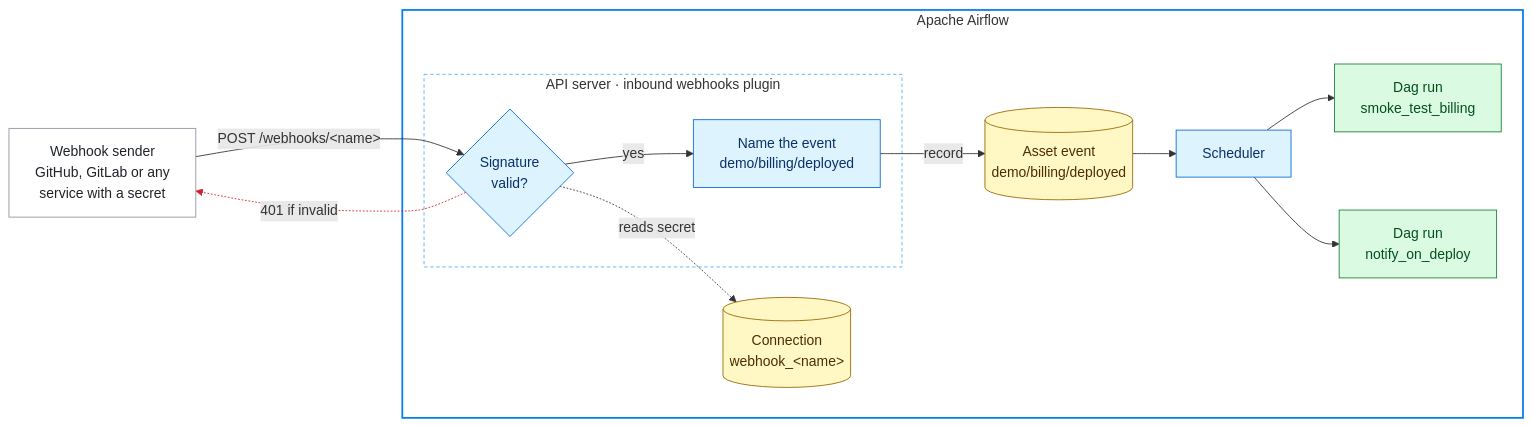
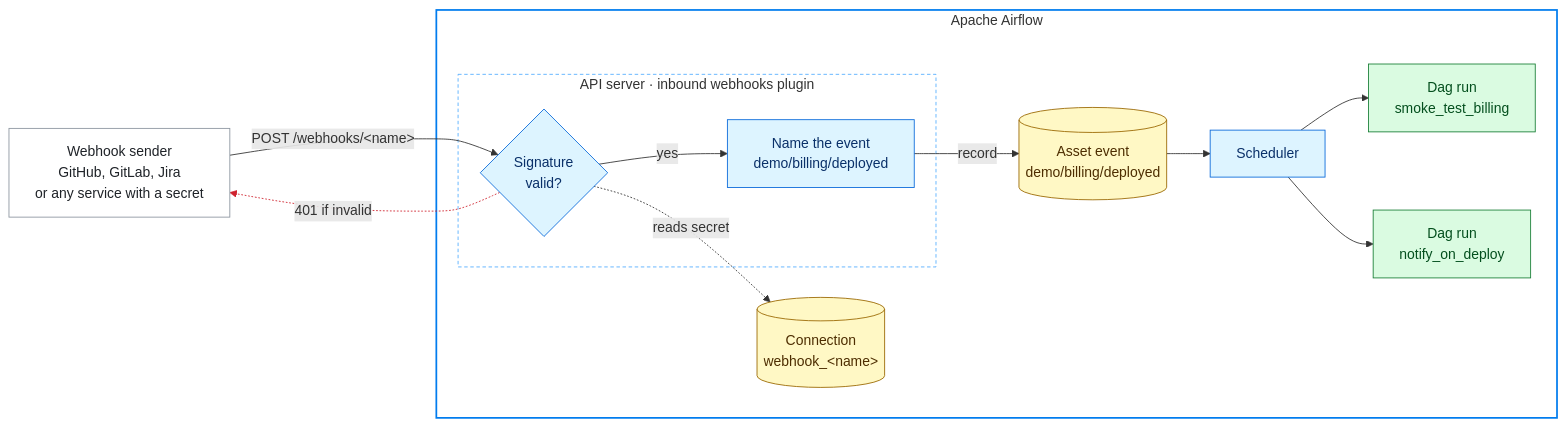
The diagram in README.md (dheerajturaga/airflow-provider-inbound-webhooks), drawn with Mermaid before and after one commit. The commit also changed other lines of this file, not shown here.

````diff
--- a/README.md
+++ b/README.md
@@ -41,34 +228,34 @@
 ```mermaid
 flowchart LR
-    sender["Webhook sender<br/>GitHub, GitLab or any<br/>service with a secret"]:::sender
+    sender["Webhook sender<br/>GitHub, GitLab, Jira<br/>or any service with a secret"]:::sender
 
     subgraph airflow ["Apache Airflow"]
         subgraph plugin ["API server · inbound webhooks plugin"]
             verify{"Signature<br/>valid?"}:::plugin
             name["Name the event<br/>demo/billing/deployed"]:::plugin
         end
         conn[("Connection<br/>webhook_#lt;name#gt;")]:::store
         event[("Asset event<br/>demo/billing/deployed")]:::store
         sched["Scheduler"]:::airflow
         dag1["Dag run<br/>smoke_test_billing"]:::dag
         dag2["Dag run<br/>notify_on_deploy"]:::dag
     end
 
     sender -- "POST /webhooks/#lt;name#gt;" --> verify
     verify -. "reads secret" .-> conn
     verify -- "yes" --> name
     name -- "record" --> event
     event --> sched
     sched --> dag1 & dag2
     verify -. "401 if invalid" .-> sender
 
     classDef sender fill:#ffffff,stroke:#8c959f,color:#1f2328
     classDef plugin fill:#ddf4ff,stroke:#0969da,color:#0a3069
     classDef store fill:#fff8c5,stroke:#9a6700,color:#4d2d00
     classDef airflow fill:#ddf4ff,stroke:#0969da,color:#0a3069
     classDef dag fill:#dafbe1,stroke:#1a7f37,color:#044f1e
     style airflow fill:none,stroke:#017cee,stroke-width:2px
     style plugin fill:none,stroke:#54aeff,stroke-dasharray:4 3
     %% Arrows are numbered from 0 in order, counting "dag1 & dag2" as two: 7 is the 401 arrow.
     linkStyle 7 stroke:#cf222e
 ```
````
